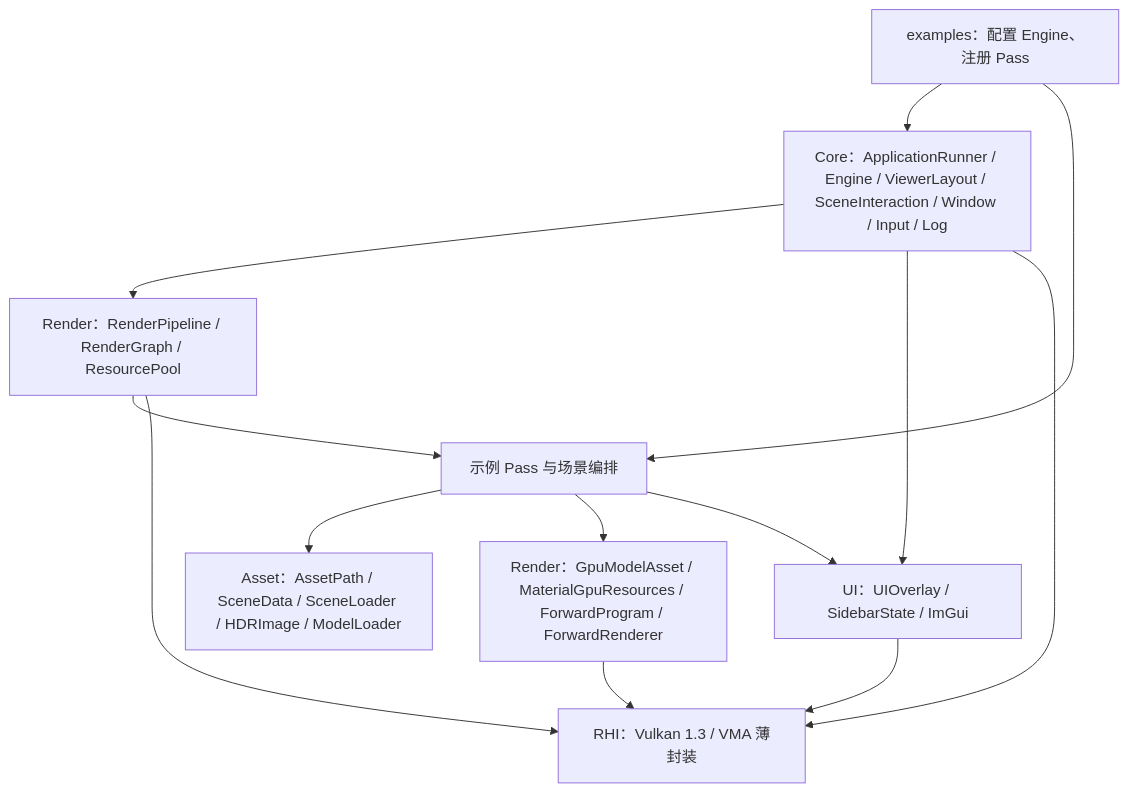
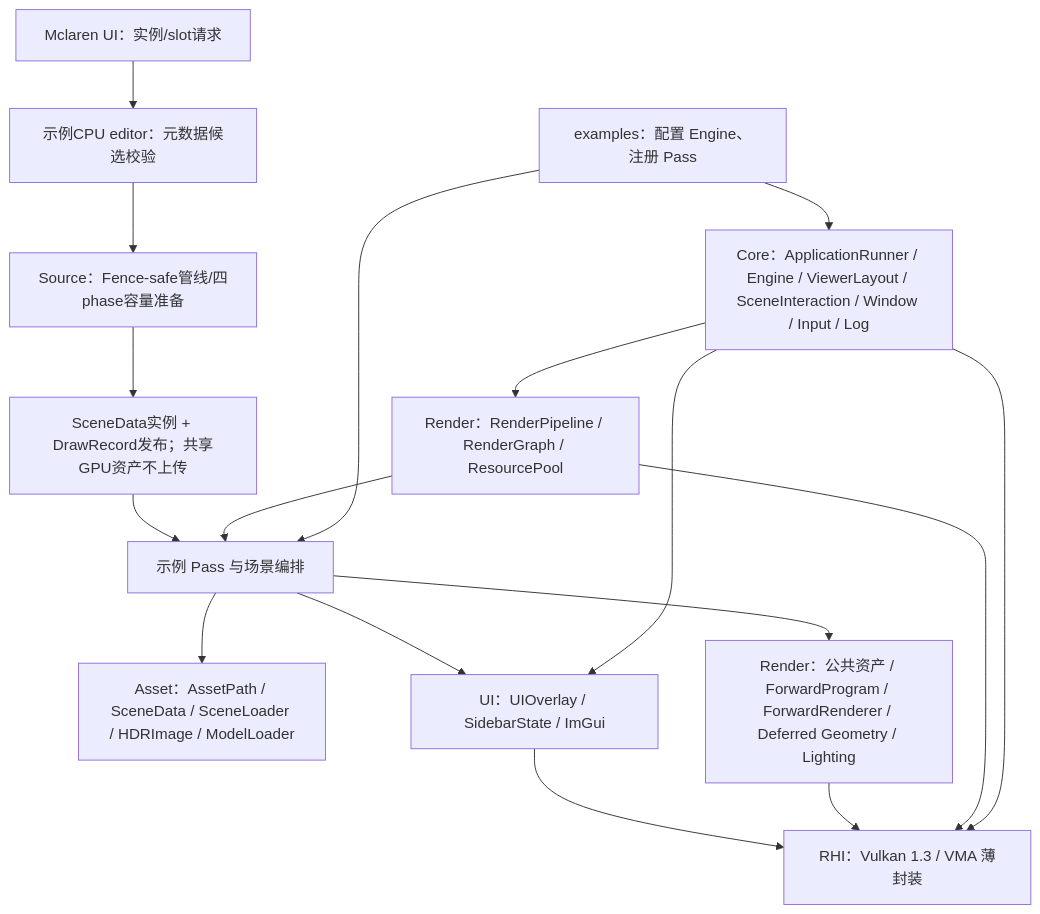
Before and after one commit to Cyberyb/KuEngine: the diagram in docs/design/00-overview.md, drawn with Mermaid. The commit also changed other lines of this file and 122 other files, not shown here.

````diff
--- a/docs/design/00-overview.md
+++ b/docs/design/00-overview.md
@@ -7,23 +7,27 @@
 ```mermaid
 flowchart TB
     App["examples：配置 Engine、注册 Pass"]
     Core["Core：ApplicationRunner / Engine / ViewerLayout / SceneInteraction / Window / Input / Log"]
     Schedule["Render：RenderPipeline / RenderGraph / ResourcePool"]
     Pass["示例 Pass 与场景编排"]
     Asset["Asset：AssetPath / SceneData / SceneLoader / HDRImage / ModelLoader"]
-    Render["Render：GpuModelAsset / MaterialGpuResources / ForwardProgram / ForwardRenderer"]
+    Render["Render：公共资产 / ForwardProgram / ForwardRenderer / Deferred Geometry / Lighting"]
     UI["UI：UIOverlay / SidebarState / ImGui"]
     RHI["RHI：Vulkan 1.3 / VMA 薄封装"]
     App --> Core
     App --> Pass
     Core --> Schedule
     Core --> UI
     Core --> RHI
     Schedule --> Pass
     Schedule --> RHI
     Pass --> Asset
     Pass --> Render
     Pass --> UI
+    Edit["Mclaren UI：实例/slot请求"] --> Candidate["示例CPU editor：元数据候选校验"]
+    Candidate --> Source["Source：Fence-safe管线/四phase容量准备"]
+    Source --> Published["SceneData实例 + DrawRecord发布；共享GPU资产不上传"]
+    Published --> Pass
     Render --> RHI
     UI --> RHI
 ```
````
